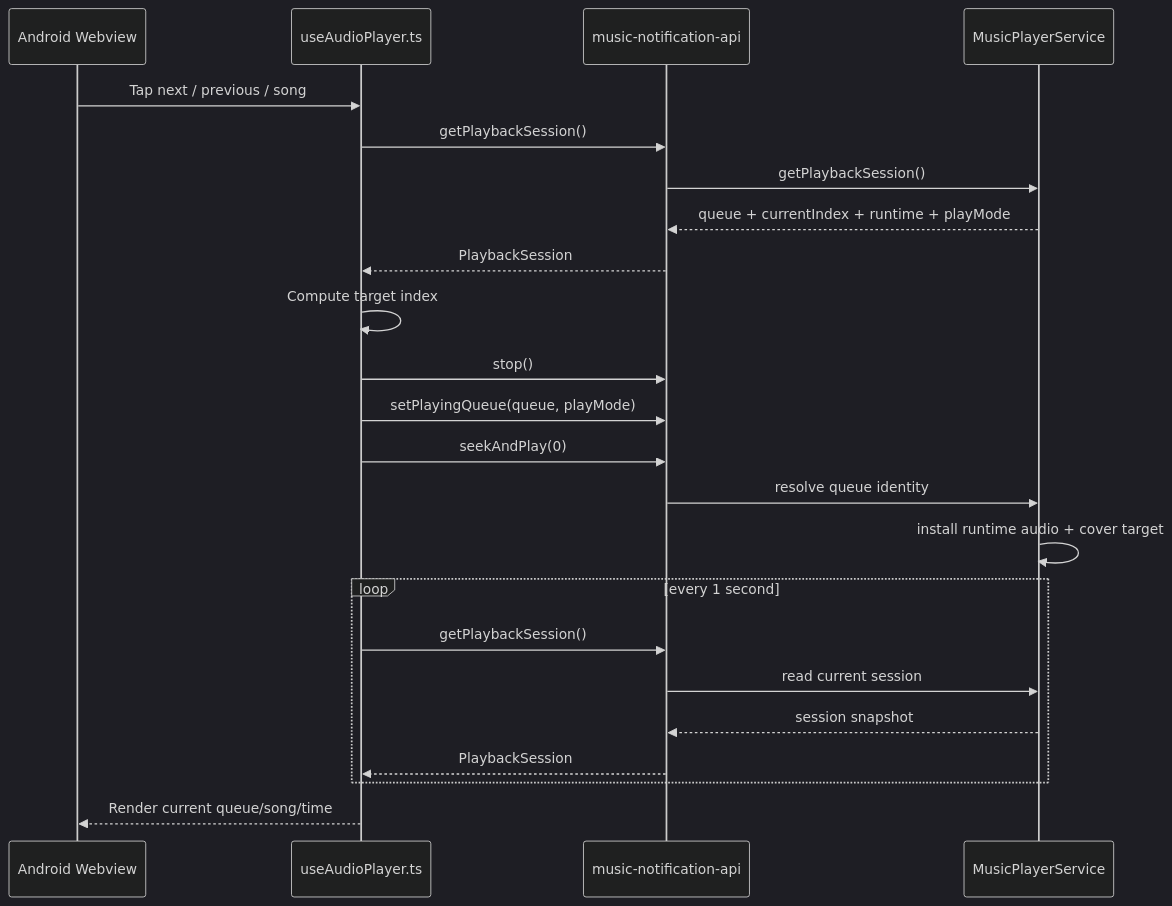
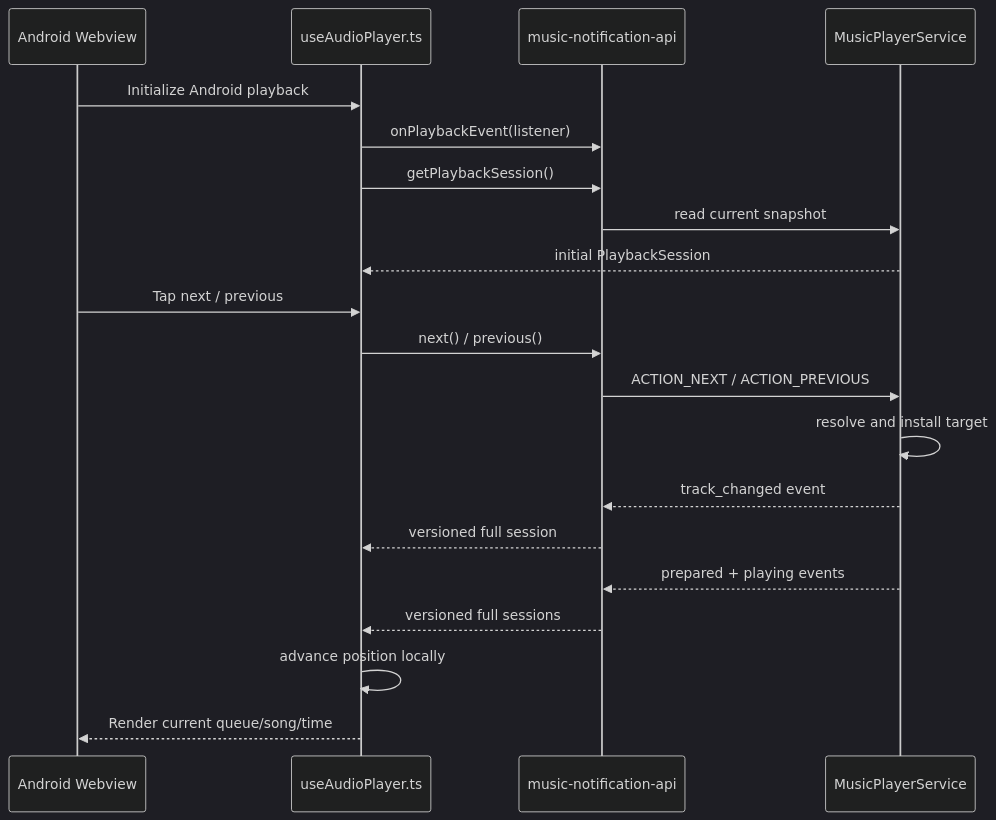
The diagram in docs/android/playback-session.md (Afeather2017/Kaulan), drawn with Mermaid (dark theme) before and after one commit. The commit also changed other lines of this file and 7 other files, not shown here.

First line of the commit message:
Use event-driven Android playback sessions

````diff
--- a/docs/android/playback-session.md
+++ b/docs/android/playback-session.md
@@ -167,26 +204,23 @@
 ```mermaid
 sequenceDiagram
     participant UI as Android Webview
     participant Player as useAudioPlayer.ts
     participant Plugin as music-notification-api
     participant Service as MusicPlayerService
 
-    UI->>Player: Tap next / previous / song
+    UI->>Player: Initialize Android playback
+    Player->>Plugin: onPlaybackEvent(listener)
     Player->>Plugin: getPlaybackSession()
-    Plugin->>Service: getPlaybackSession()
-    Service-->>Plugin: queue + currentIndex + runtime + playMode
-    Plugin-->>Player: PlaybackSession
-    Player->>Player: Compute target index
-    Player->>Plugin: stop()
-    Player->>Plugin: setPlayingQueue(queue, playMode)
-    Player->>Plugin: seekAndPlay(0)
-    Plugin->>Service: resolve queue identity
-    Service->>Service: install runtime audio + cover target
-    loop every 1 second
-        Player->>Plugin: getPlaybackSession()
-        Plugin->>Service: read current session
-        Service-->>Plugin: session snapshot
-        Plugin-->>Player: PlaybackSession
-    end
+    Plugin->>Service: read current snapshot
+    Service-->>Player: initial PlaybackSession
+    UI->>Player: Tap next / previous
+    Player->>Plugin: next() / previous()
+    Plugin->>Service: ACTION_NEXT / ACTION_PREVIOUS
+    Service->>Service: resolve and install target
+    Service-->>Plugin: track_changed event
+    Plugin-->>Player: versioned full session
+    Service-->>Plugin: prepared + playing events
+    Plugin-->>Player: versioned full sessions
+    Player->>Player: advance position locally
     Player-->>UI: Render current queue/song/time
 ```
````
